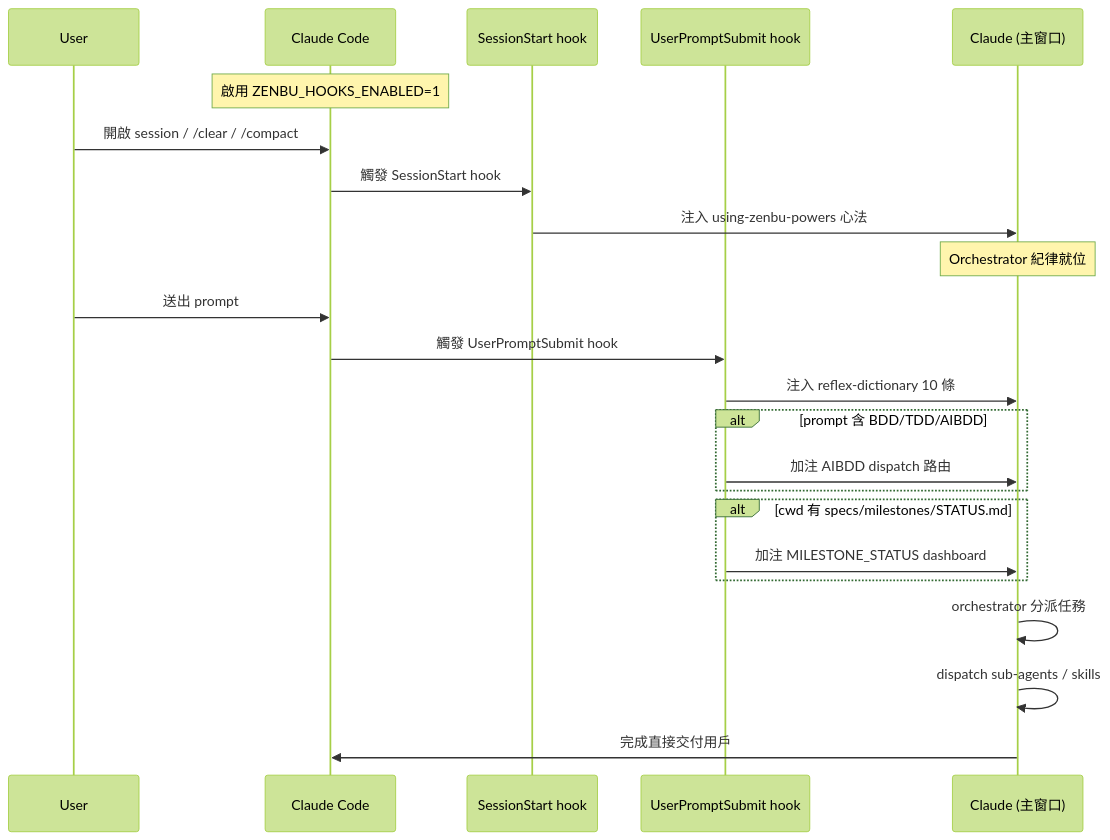
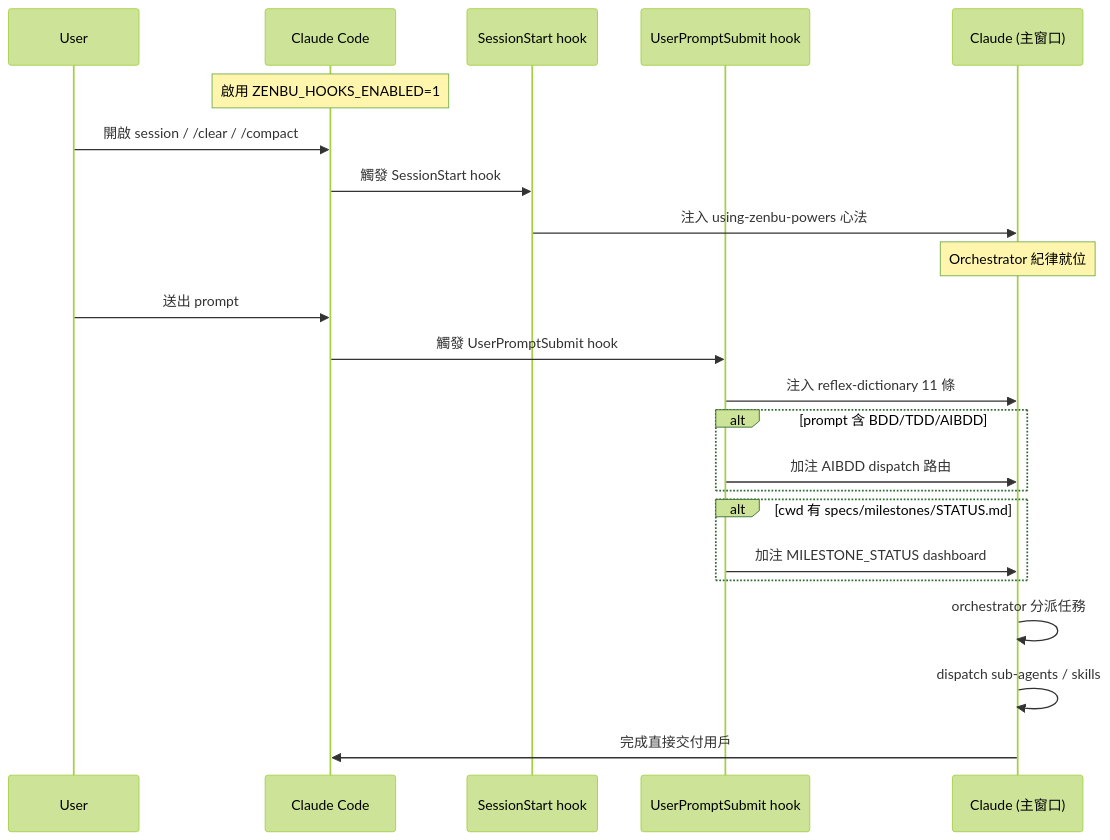
The second of 2 diagrams in README.md (zenbuapps/zenbu-powers), drawn with Mermaid (forest theme) before and after one commit. The commit also changed other lines of this file, not shown here.

First line of the commit message:
docs(readme): 同步 reflex 規則數 10 → 11

````diff
--- a/README.md
+++ b/README.md
@@ -393,28 +393,28 @@
 ```mermaid
 sequenceDiagram
     participant U as User
     participant CC as Claude Code
     participant H1 as SessionStart hook
     participant H2 as UserPromptSubmit hook
     participant LLM as Claude (主窗口)
 
     Note over CC: 啟用 ZENBU_HOOKS_ENABLED=1
 
     U->>CC: 開啟 session / /clear / /compact
     CC->>H1: 觸發 SessionStart hook
     H1->>LLM: 注入 using-zenbu-powers 心法
     Note over LLM: Orchestrator 紀律就位
 
     U->>CC: 送出 prompt
     CC->>H2: 觸發 UserPromptSubmit hook
-    H2->>LLM: 注入 reflex-dictionary 10 條
+    H2->>LLM: 注入 reflex-dictionary 11 條
     alt prompt 含 BDD/TDD/AIBDD
         H2->>LLM: 加注 AIBDD dispatch 路由
     end
     alt cwd 有 specs/milestones/STATUS.md
         H2->>LLM: 加注 MILESTONE_STATUS dashboard
     end
     LLM->>LLM: orchestrator 分派任務
     LLM->>LLM: dispatch sub-agents / skills
     LLM->>CC: 完成直接交付用戶
 ```
````
